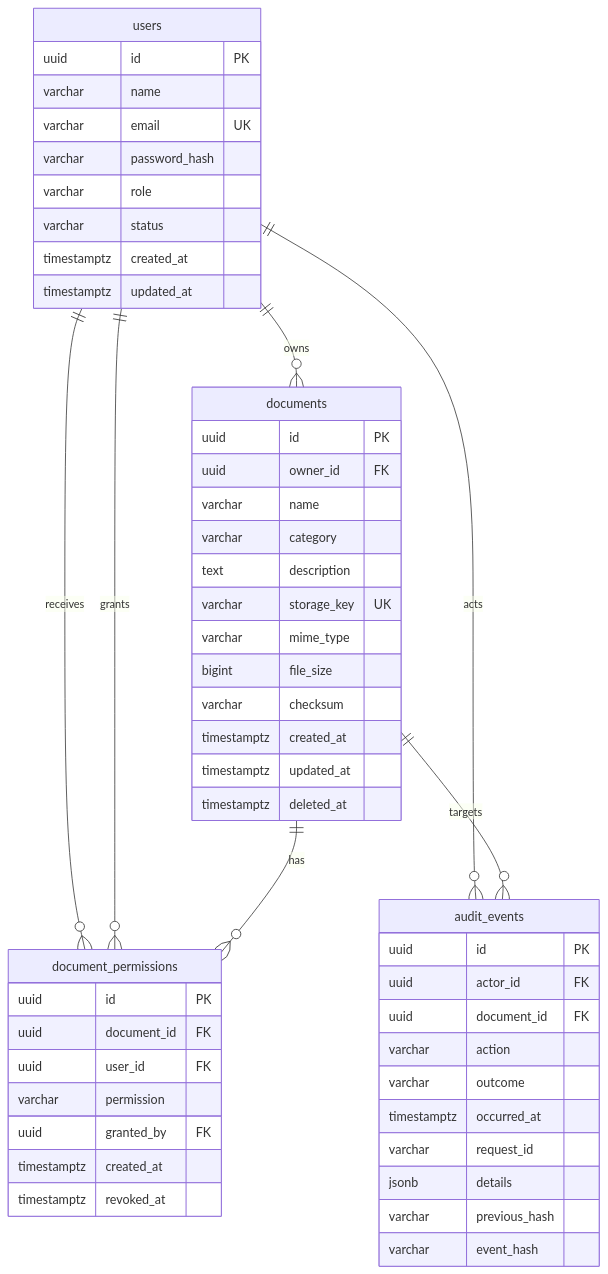
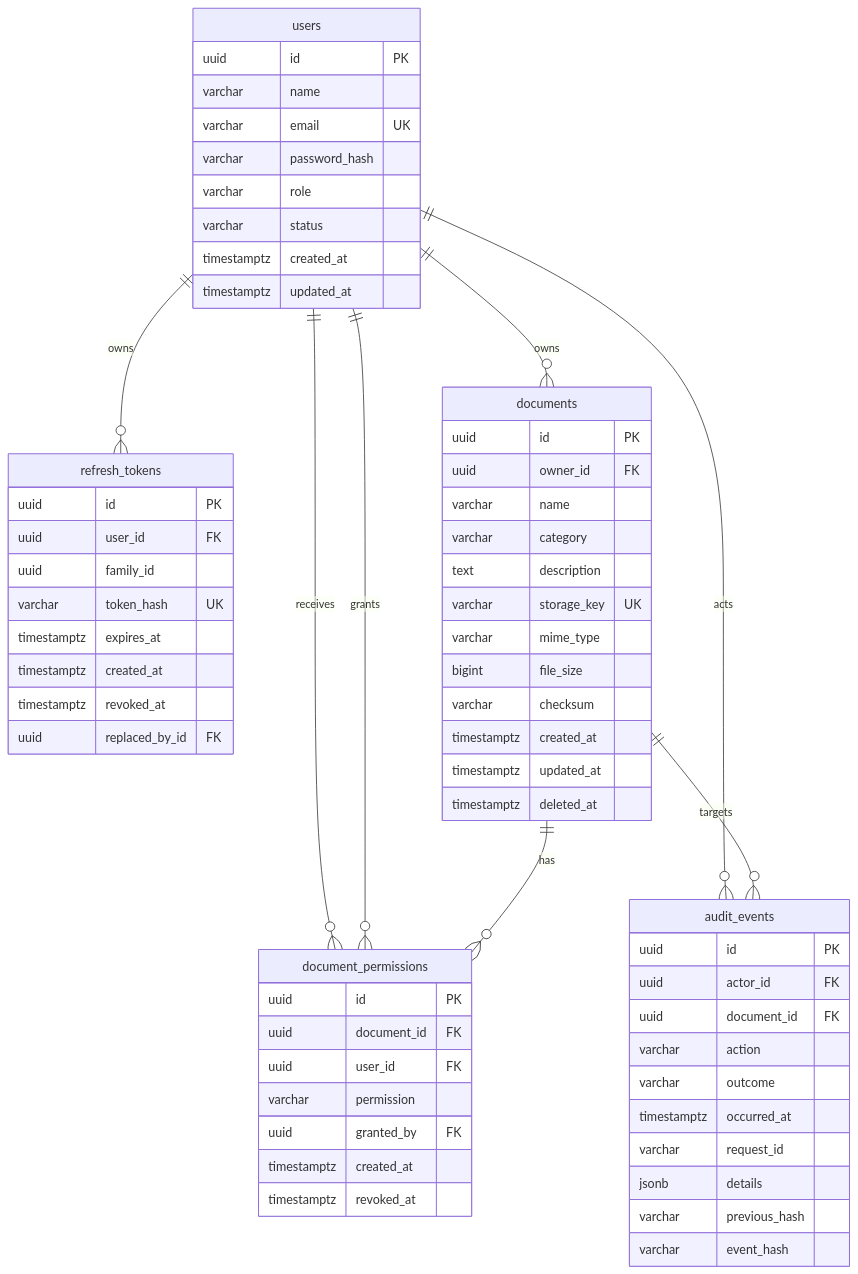
The diagram in docs/DATABASE.md (saisankeerth27/TrustVault), drawn with Mermaid before and after one commit. The commit also changed other lines of this file and 51 other files, not shown here.

````diff
--- a/docs/DATABASE.md
+++ b/docs/DATABASE.md
@@ -9,58 +9,70 @@
 ```mermaid
 erDiagram
+    users ||--o{ refresh_tokens : owns
     users ||--o{ documents : owns
     users ||--o{ document_permissions : receives
     users ||--o{ document_permissions : grants
     documents ||--o{ document_permissions : has
     users ||--o{ audit_events : acts
     documents ||--o{ audit_events : targets
 
     users {
         uuid id PK
         varchar name
         varchar email UK
         varchar password_hash
         varchar role
         varchar status
         timestamptz created_at
         timestamptz updated_at
+    }
+
+    refresh_tokens {
+        uuid id PK
+        uuid user_id FK
+        uuid family_id
+        varchar token_hash UK
+        timestamptz expires_at
+        timestamptz created_at
+        timestamptz revoked_at
+        uuid replaced_by_id FK
     }
 
     documents {
         uuid id PK
         uuid owner_id FK
         varchar name
         varchar category
         text description
         varchar storage_key UK
         varchar mime_type
         bigint file_size
         varchar checksum
         timestamptz created_at
         timestamptz updated_at
         timestamptz deleted_at
     }
 
     document_permissions {
         uuid id PK
         uuid document_id FK
         uuid user_id FK
         varchar permission
         uuid granted_by FK
         timestamptz created_at
         timestamptz revoked_at
     }
 
     audit_events {
         uuid id PK
         uuid actor_id FK
         uuid document_id FK
         varchar action
         varchar outcome
         timestamptz occurred_at
         varchar request_id
         jsonb details
         varchar previous_hash
         varchar event_hash
     }
 ```
````
